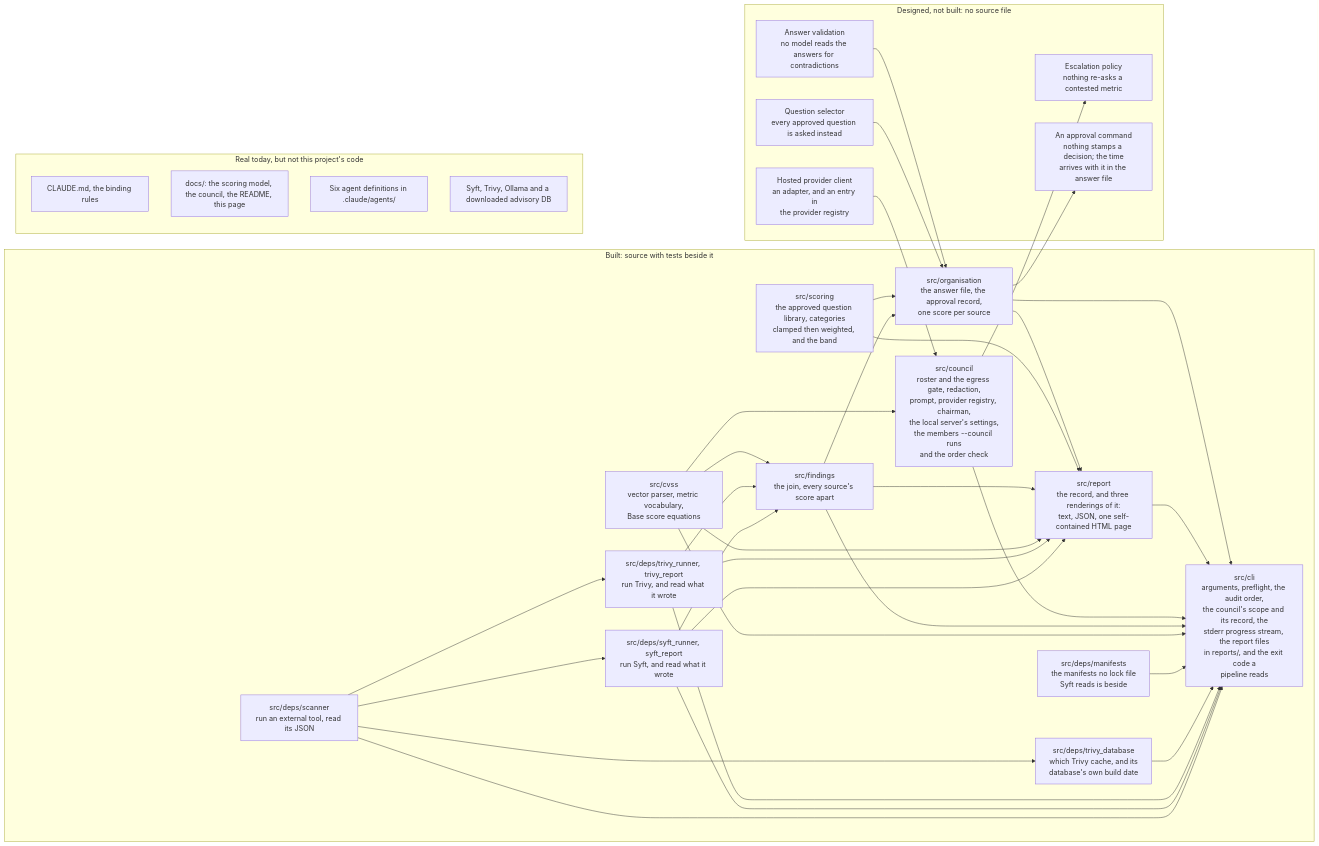
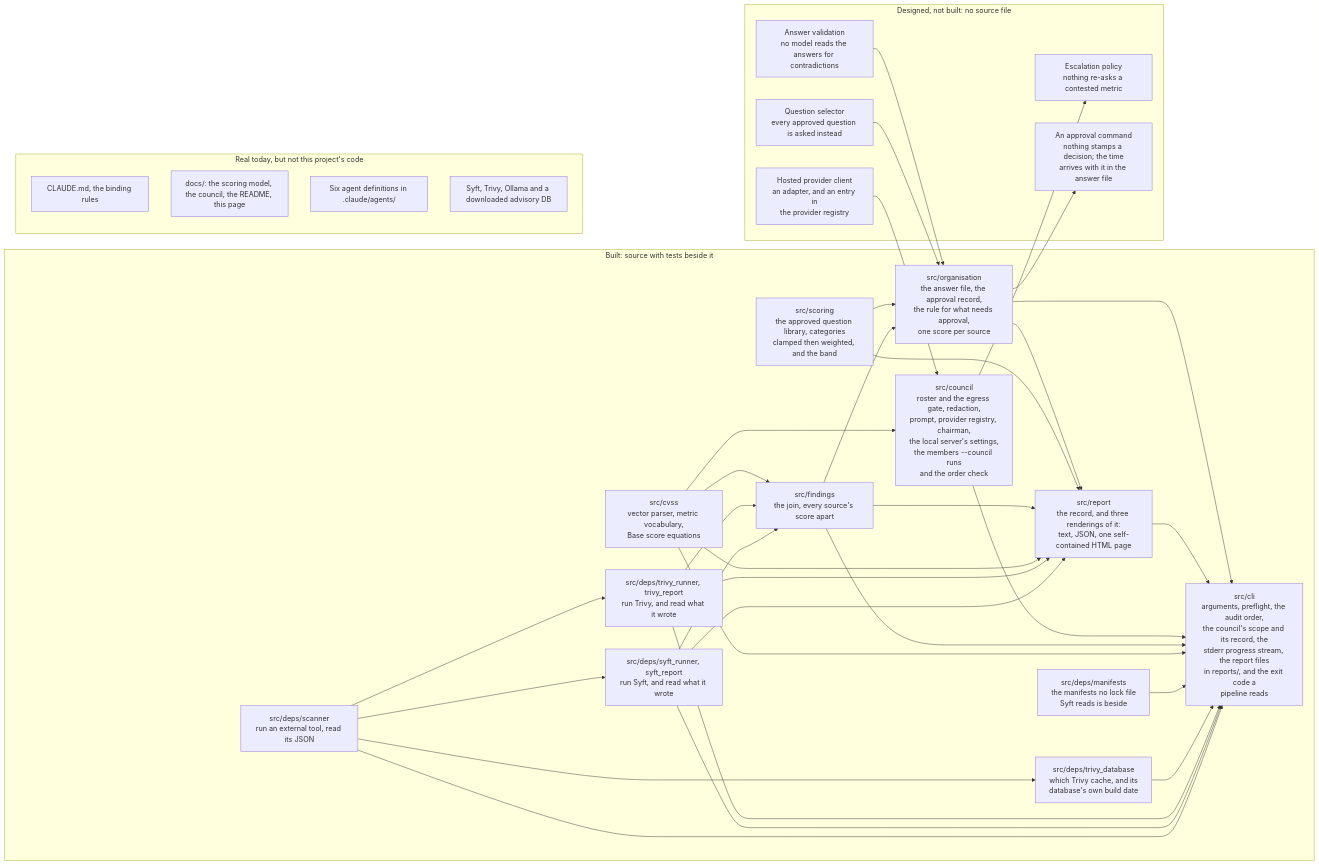
One commit to heinthtnaung/AgenticLLMAppAuditor changed the fifth of 5 diagrams in docs/diagrams.md. Above: the diagram before and after it, drawn with Mermaid. The commit also changed other lines of this file and 18 other files, not shown here.

````diff
--- a/docs/diagrams.md
+++ b/docs/diagrams.md
@@ -510,63 +520,63 @@
 ```mermaid
 flowchart LR
     subgraph BUILT["Built: source with tests beside it"]
         b0["src/deps/scanner<br/>run an external tool, read its JSON"]
         b1["src/deps/syft_runner, syft_report<br/>run Syft, and read what it wrote"]
         b2["src/deps/trivy_runner, trivy_report<br/>run Trivy, and read what it wrote"]
         b3["src/deps/trivy_database<br/>which Trivy cache, and its<br/>database's own build date"]
         b11["src/deps/manifests<br/>the manifests no lock file<br/>Syft reads is beside"]
         b4["src/cvss<br/>vector parser, metric vocabulary,<br/>Base score equations"]
         b5["src/findings<br/>the join, every source's score apart"]
         b7["src/council<br/>roster and the egress gate, redaction,<br/>prompt, provider registry, chairman,<br/>the local server's settings,<br/>the members --council runs<br/>and the order check"]
         b8["src/report<br/>the record, and three renderings of it:<br/>text, JSON, one self-contained HTML page"]
         b9["src/cli<br/>arguments, preflight, the audit order,<br/>the council's scope and its record, the<br/>stderr progress stream, the report files<br/>in reports/, and the exit code a<br/>pipeline reads"]
         b6["src/scoring<br/>the approved question library, categories<br/>clamped then weighted, and the band"]
-        b10["src/organisation<br/>the answer file, the approval record,<br/>one score per source"]
+        b10["src/organisation<br/>the answer file, the approval record,<br/>the rule for what needs approval,<br/>one score per source"]
         b0 --> b1
         b0 --> b2
         b0 --> b3
         b0 --> b9
         b1 --> b5
         b1 --> b8
         b1 --> b9
         b2 --> b5
         b2 --> b8
         b2 --> b9
         b3 --> b9
         b11 --> b9
         b4 --> b5
         b4 --> b7
         b4 --> b8
         b4 --> b9
         b5 --> b8
         b5 --> b9
         b5 --> b10
         b6 --> b8
         b6 --> b10
         b7 --> b9
         b8 --> b9
         b10 --> b8
         b10 --> b9
     end
 
     subgraph UNBUILT["Designed, not built: no source file"]
         d2["Question selector<br/>every approved question is asked instead"]
         d3["Answer validation<br/>no model reads the answers for contradictions"]
         d6["Hosted provider client<br/>an adapter, and an entry in<br/>the provider registry"]
         d11["Escalation policy<br/>nothing re-asks a contested metric"]
         d12["An approval command<br/>nothing stamps a decision; the time<br/>arrives with it in the answer file"]
     end
 
     d6 --> b7
     b7 --> d11
     d2 --> b10
     d3 --> b10
     b10 --> d12
 
     subgraph REAL["Real today, but not this project's code"]
         x1["CLAUDE.md, the binding rules"]
         x2["docs/: the scoring model, the council, the README, this page"]
         x3["Six agent definitions in .claude/agents/"]
         x4["Syft, Trivy, Ollama and a downloaded advisory DB"]
     end
 ```
````
